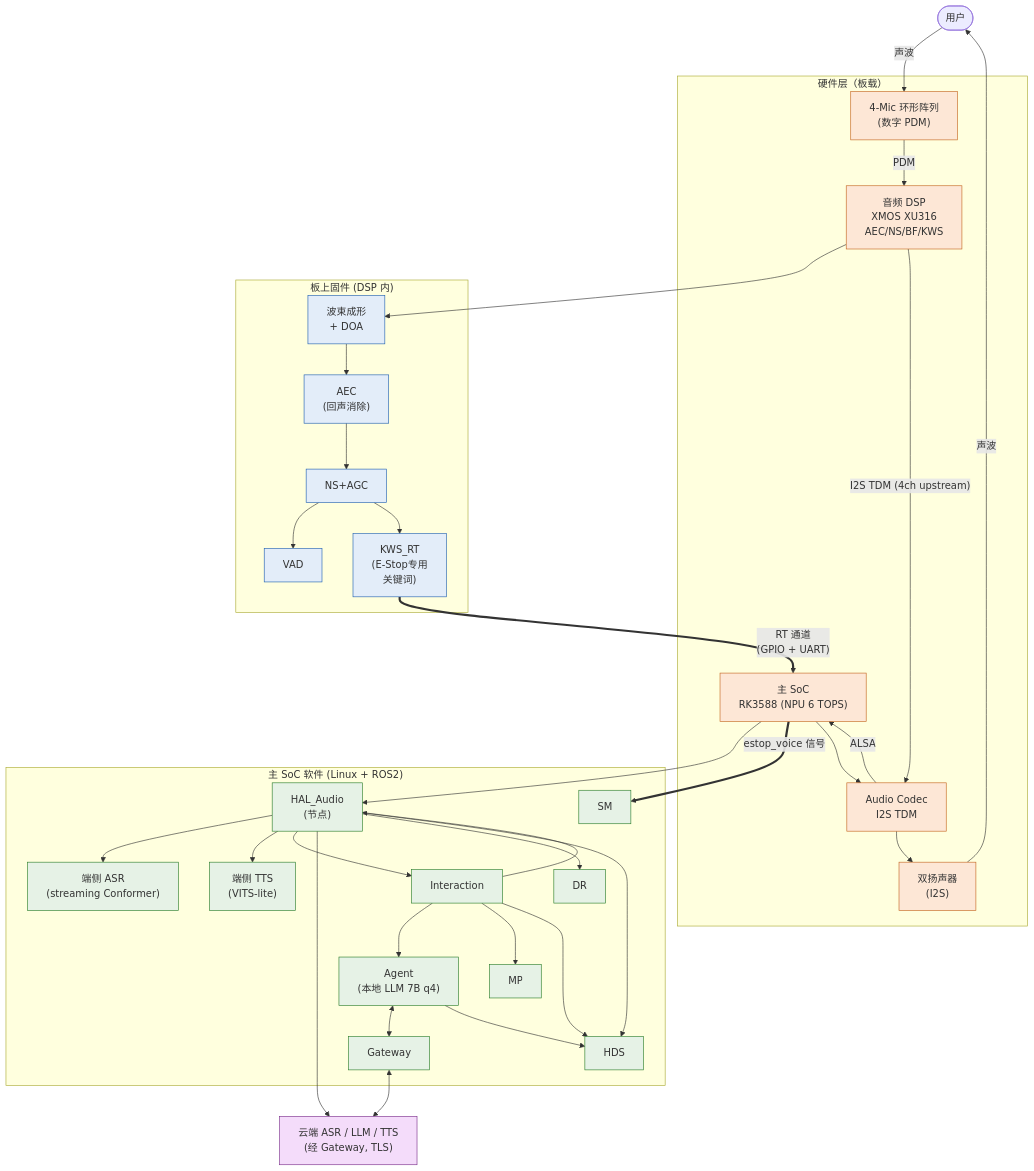
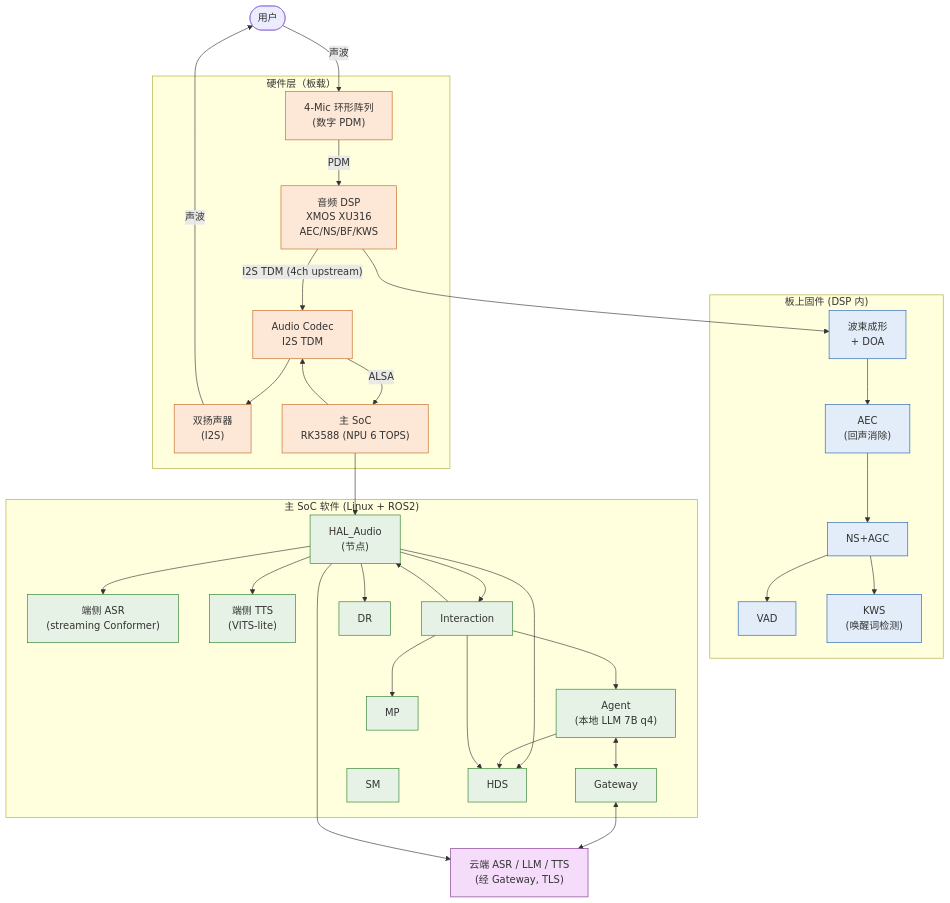
One commit to Tomaxwell/HomoBot changed the first of 4 diagrams in subsystem/voice_interaction_subsystem.md. Above: the diagram before and after it, drawn with Mermaid. The commit also changed other lines of this file and 66 other files, not shown here.

````diff
--- a/subsystem/voice_interaction_subsystem.md
+++ b/subsystem/voice_interaction_subsystem.md
@@ -104,73 +100,70 @@
 ```mermaid
 flowchart TB
     User([用户])
 
     subgraph HW["硬件层（板载）"]
         Mic["4-Mic 环形阵列<br/>(数字 PDM)"]
         Spk["双扬声器<br/>(I2S)"]
         DSP["音频 DSP<br/>XMOS XU316<br/>AEC/NS/BF/KWS"]
         Codec["Audio Codec<br/>I2S TDM"]
         SoC["主 SoC<br/>RK3588 (NPU 6 TOPS)"]
     end
 
     subgraph FW["板上固件 (DSP 内)"]
         BF["波束成形<br/>+ DOA"]
         AEC["AEC<br/>(回声消除)"]
         NS["NS+AGC"]
         VAD["VAD"]
-        KWS_RT["KWS_RT<br/>(E-Stop专用<br/>关键词)"]
+        KWS["KWS<br/>(唤醒词检测)"]
     end
 
     subgraph SW["主 SoC 软件 (Linux + ROS2)"]
         HALAudio["HAL_Audio<br/>(节点)"]
         ASR_L["端侧 ASR<br/>(streaming Conformer)"]
         TTS_L["端侧 TTS<br/>(VITS-lite)"]
         Interaction["Interaction"]
         Agent["Agent<br/>(本地 LLM 7B q4)"]
         Gateway["Gateway"]
         SM["SM"]
         MP["MP"]
         DR["DR"]
         HDS["HDS"]
     end
 
     Cloud["云端 ASR / LLM / TTS<br/>(经 Gateway, TLS)"]
 
     User -- 声波 --> Mic
     Mic -- PDM --> DSP
     DSP --> BF --> AEC --> NS --> VAD
-    NS --> KWS_RT
+    NS --> KWS
     DSP -- I2S TDM (4ch upstream) --> Codec
     Codec -- ALSA --> SoC
     SoC --> HALAudio
     HALAudio --> ASR_L
     HALAudio --> TTS_L
-
-    KWS_RT == "RT 通道<br/>(GPIO + UART)" ==> SoC
-    SoC == "estop_voice 信号" ==> SM
 
     HALAudio --> Interaction
     Interaction --> Agent
     Agent <--> Gateway
     Gateway <--> Cloud
     Interaction --> MP
     Interaction --> HALAudio
     HALAudio --> Cloud
 
     HALAudio --> DR
     HALAudio --> HDS
     Agent --> HDS
     Interaction --> HDS
 
     SoC --> Codec --> Spk -- 声波 --> User
 
     classDef hw fill:#fde7d6,stroke:#c4651f,color:#333
     classDef fw fill:#e3edf9,stroke:#1f5fb0,color:#333
     classDef sw fill:#e6f2e6,stroke:#2a7d2a,color:#333
     classDef cloud fill:#f4dcfa,stroke:#7a2d8a,color:#333
 
     class Mic,Spk,DSP,Codec,SoC hw
-    class BF,AEC,NS,VAD,KWS_RT fw
+    class BF,AEC,NS,VAD,KWS fw
     class HALAudio,ASR_L,TTS_L,Interaction,Agent,Gateway,SM,MP,DR,HDS sw
     class Cloud cloud
 ```
````
